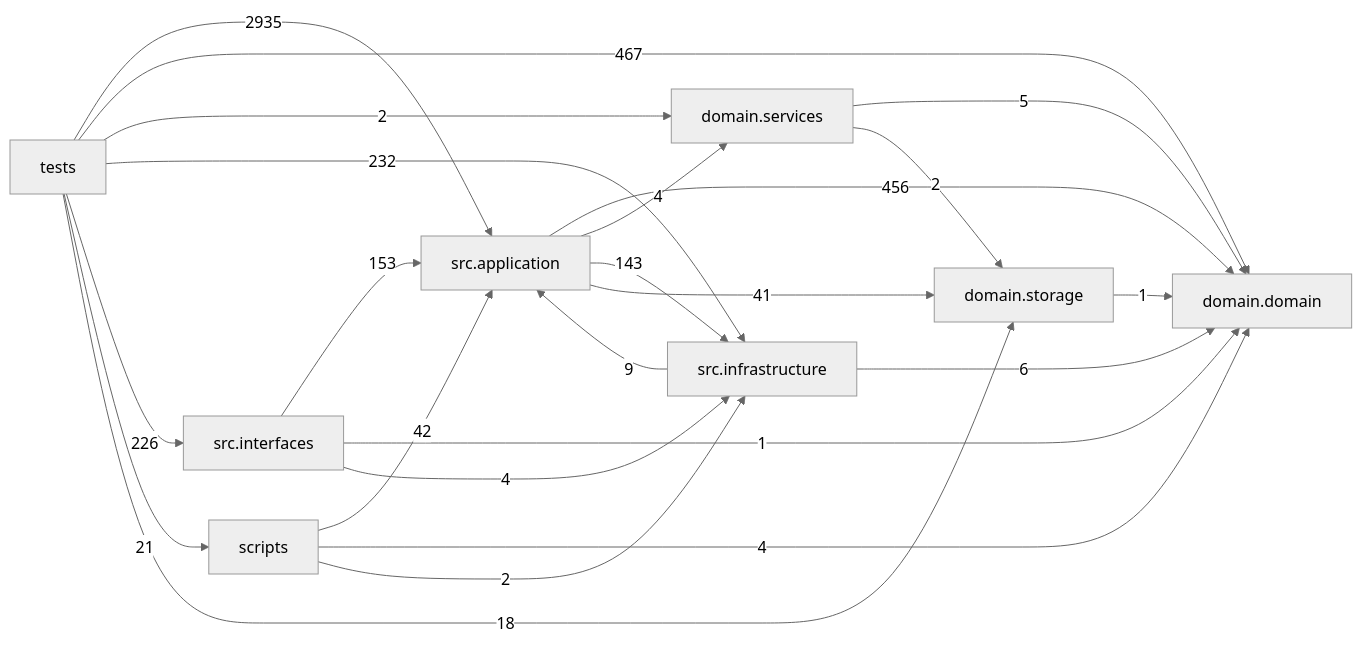
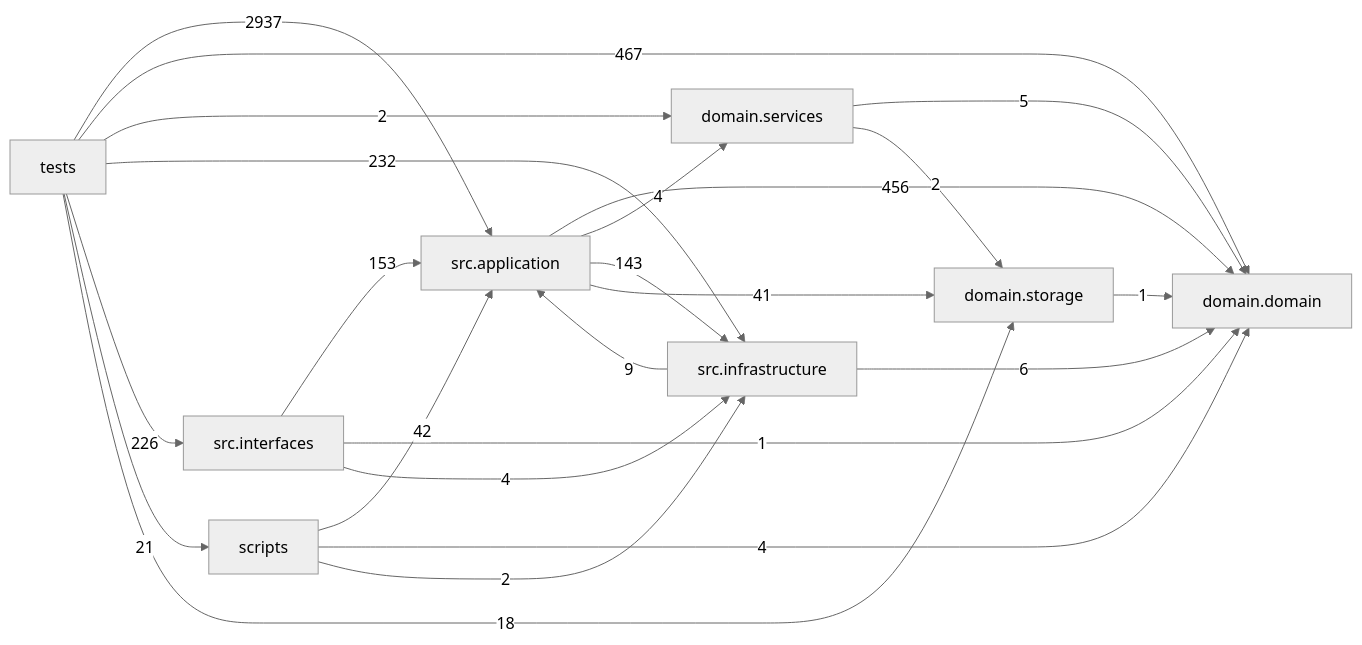
One commit to liuxie066/options-monitor changed the diagram in docs/DEPENDENCY_GRAPH.md. Above: the diagram before and after it, drawn with Mermaid (neutral theme). The commit also changed other lines of this file and 3 other files, not shown here.

````diff
--- a/docs/DEPENDENCY_GRAPH.md
+++ b/docs/DEPENDENCY_GRAPH.md
@@ -24,33 +24,33 @@
 ```mermaid
 flowchart LR
   tests["tests"]
   scripts["scripts"]
   interfaces["src.interfaces"]
   application["src.application"]
   infrastructure["src.infrastructure"]
   domain_services["domain.services"]
   domain["domain.domain"]
   storage["domain.storage"]
   application -->|456| domain
   application -->|4| domain_services
   application -->|143| infrastructure
   application -->|41| storage
   domain_services -->|5| domain
   domain_services -->|2| storage
   infrastructure -->|9| application
   infrastructure -->|6| domain
   interfaces -->|153| application
   interfaces -->|1| domain
   interfaces -->|4| infrastructure
   scripts -->|42| application
   scripts -->|4| domain
   scripts -->|2| infrastructure
   storage -->|1| domain
-  tests -->|2935| application
+  tests -->|2937| application
   tests -->|467| domain
   tests -->|2| domain_services
   tests -->|232| infrastructure
   tests -->|226| interfaces
   tests -->|21| scripts
   tests -->|18| storage
 ```
````
